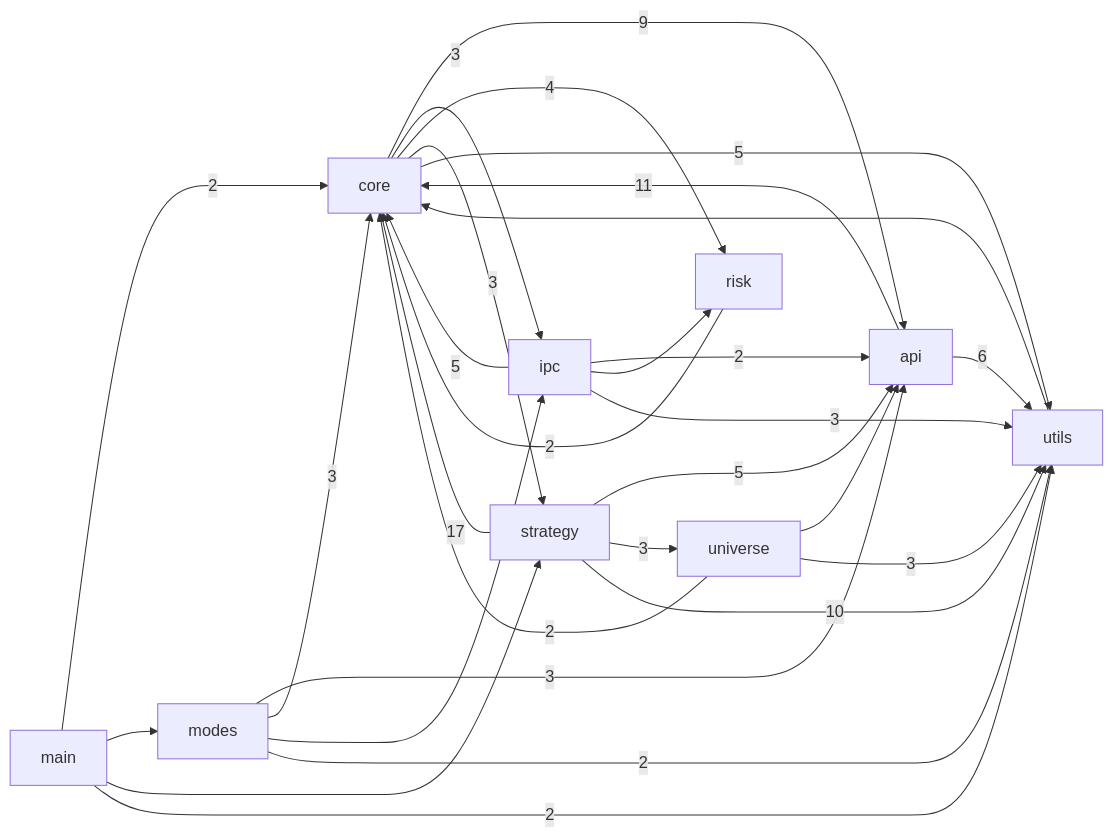
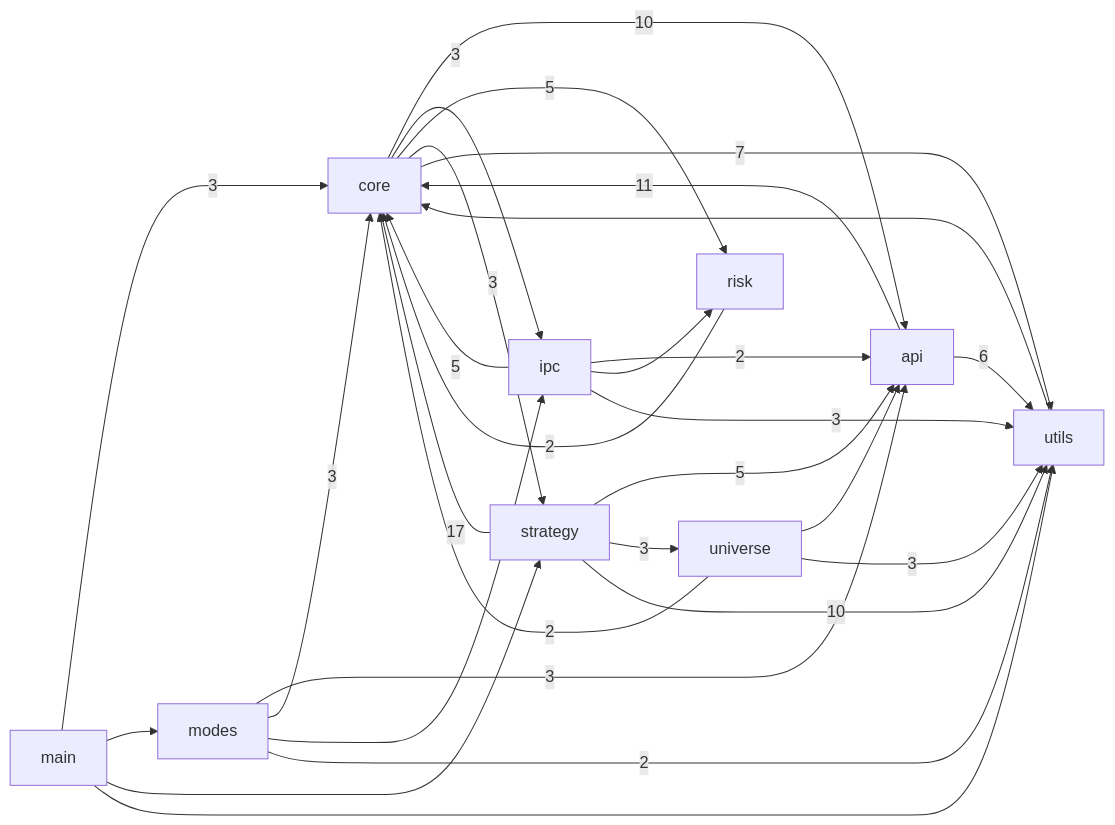
One commit to pypy8171/Quant changed the first of 3 diagrams in docs/CODE_GRAPH.md. Above: the diagram before and after it, drawn with Mermaid. The commit also changed other lines of this file and 15 other files, not shown here.

````diff
--- a/docs/CODE_GRAPH.md
+++ b/docs/CODE_GRAPH.md
@@ -10,40 +10,40 @@
 ```mermaid
 graph LR
   main[main]
   modes[modes]
   core[core]
   strategy[strategy]
   api[api]
   universe[universe]
   risk[risk]
   ipc[ipc]
   utils[utils]
   api -->|11| core
   api -->|6| utils
-  core -->|9| api
+  core -->|10| api
   core -->|3| ipc
-  core -->|4| risk
+  core -->|5| risk
   core -->|3| strategy
-  core -->|5| utils
+  core -->|7| utils
   ipc -->|2| api
   ipc -->|5| core
   ipc --> risk
   ipc -->|3| utils
-  main -->|2| core
+  main -->|3| core
   main --> modes
   main --> strategy
-  main -->|2| utils
+  main --> utils
   modes -->|3| api
   modes -->|3| core
   modes --> ipc
   modes -->|2| utils
   risk -->|2| core
   strategy -->|5| api
   strategy -->|17| core
   strategy -->|3| universe
   strategy -->|10| utils
   universe --> api
   universe -->|2| core
   universe -->|3| utils
   utils --> core
 ```
````
